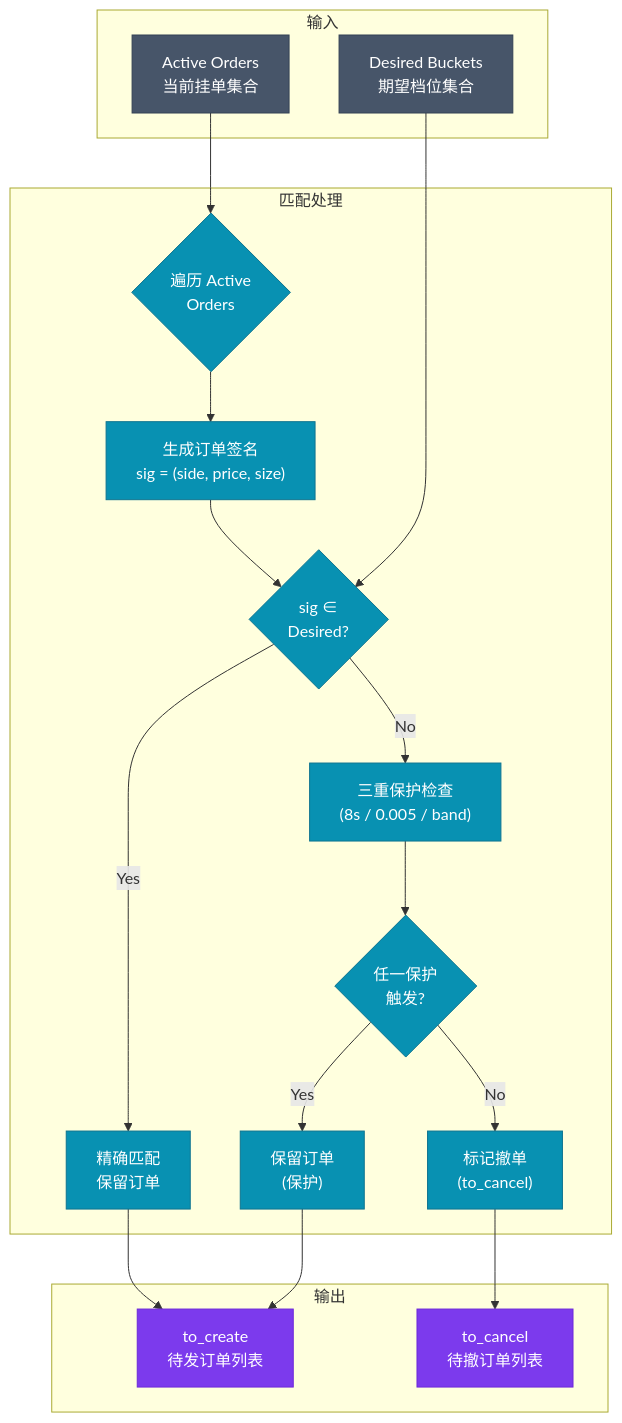
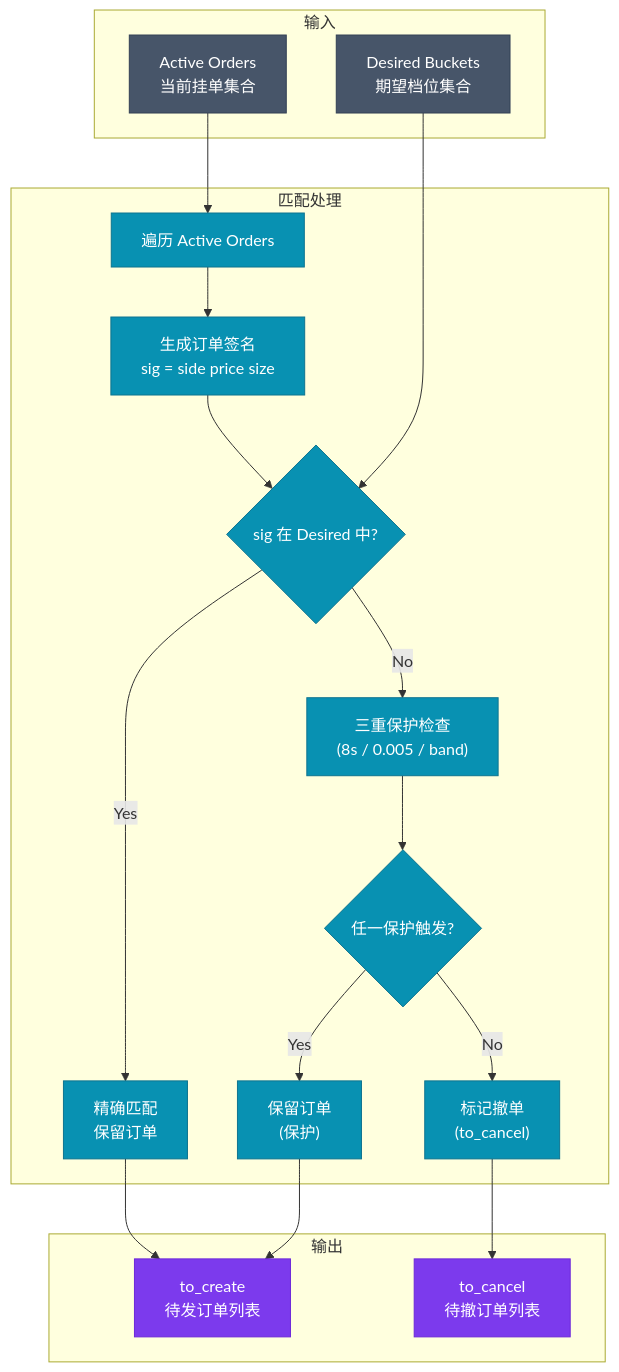
Before and after one commit to liu-kaining/PolyMatrixEngine: the third of 3 diagrams in spec/architecture_diagrams/05_differential_quoting.md, drawn with Mermaid. The commit also changed other lines of this file, not shown here.

````diff
--- a/spec/architecture_diagrams/05_differential_quoting.md
+++ b/spec/architecture_diagrams/05_differential_quoting.md
@@ -129,50 +129,50 @@
 ```mermaid
 %%{init: {'theme': 'base', 'themeVariables': {
   'primaryColor': '#1e3a5f',
   'primaryTextColor': '#ffffff',
   'primaryBorderColor': '#334155',
   'lineColor': '#64748b'
 }}%%
 flowchart TB
     subgraph Input["输入"]
         A["Active Orders<br/>当前挂单集合"]
         B["Desired Buckets<br/>期望档位集合"]
     end
 
     subgraph Process["匹配处理"]
-        C{"遍历 Active<br/>Orders"}
-        D["生成订单签名<br/>sig = (side, price, size)"]
-        E{"sig ∈<br/>Desired?"}
+        C["遍历 Active Orders"]
+        D["生成订单签名<br/>sig = side price size"]
+        E{"sig 在 Desired 中?"}
         F["精确匹配<br/>保留订单"]
         G["三重保护检查<br/>(8s / 0.005 / band)"]
-        H{"任一保护<br/>触发?"}
+        H{"任一保护触发?"}
         I["保留订单<br/>(保护)"]
         J["标记撤单<br/>(to_cancel)"]
     end
 
     subgraph Output["输出"]
         K["to_cancel<br/>待撤订单列表"]
         L["to_create<br/>待发订单列表"]
     end
 
     A --> C
     B --> E
     C --> D
     D --> E
     E -->|Yes| F
     E -->|No| G
     G --> H
     H -->|Yes| I
     H -->|No| J
     F --> L
     J --> K
     I --> L
 
     classDef input fill:#475569,stroke:#334155,color:#fff
     classDef process fill:#0891b2,stroke:#0e7490,color:#fff
     classDef output fill:#7c3aed,stroke:#6d28d9,color:#fff
 
     class A,B input
     class C,D,E,F,G,H,I,J process
     class K,L output
 ```
````
